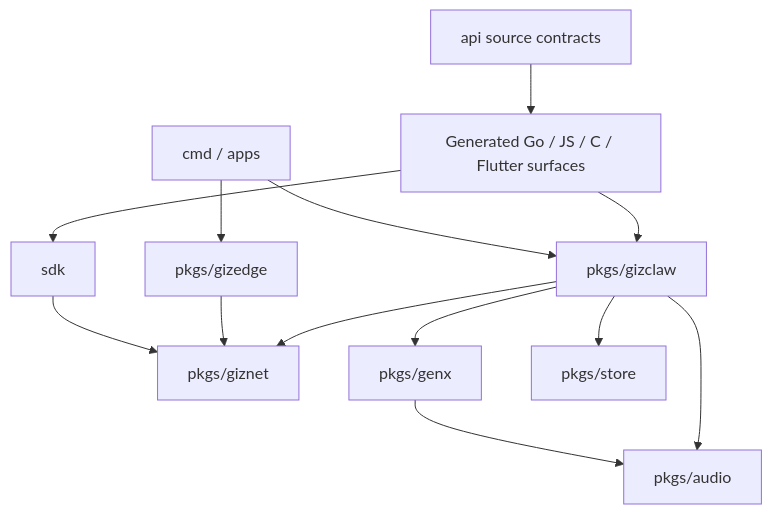
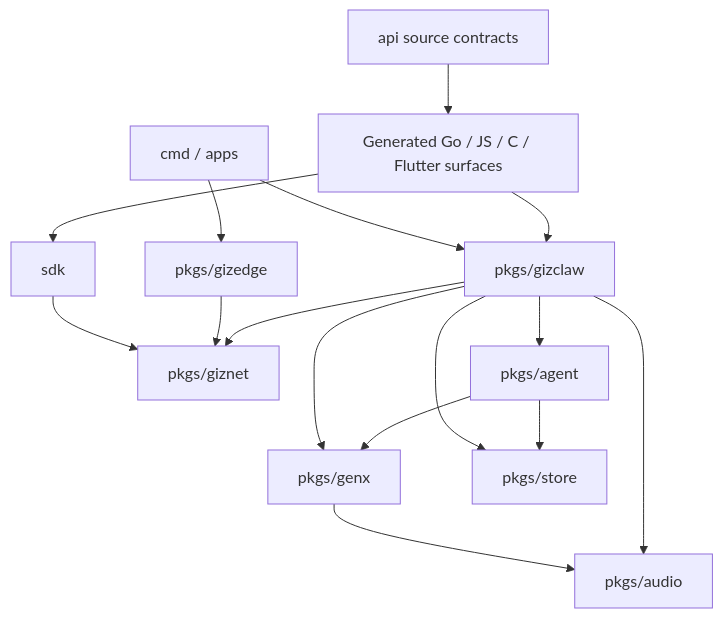
Before and after one commit to GizClaw/gizclaw: the second of 3 diagrams in guides/en/developing/index.md, drawn with Mermaid. The commit also changed other lines of this file and 88 other files, not shown here.

````diff
--- a/guides/en/developing/index.md
+++ b/guides/en/developing/index.md
@@ -111,17 +111,20 @@
 ```mermaid
 flowchart TB
     API["api source contracts"] --> Generated["Generated Go / JS / C / Flutter surfaces"]
     Generated --> GizClaw["pkgs/gizclaw"]
     Generated --> SDK["sdk"]
 
     Apps["cmd / apps"] --> GizClaw
     Apps --> Edge["pkgs/gizedge"]
     GizClaw --> Giznet["pkgs/giznet"]
     Edge --> Giznet
+    GizClaw --> Agent["pkgs/agent"]
+    Agent --> GenX["pkgs/genx"]
+    Agent --> Store["pkgs/store"]
     GizClaw --> GenX["pkgs/genx"]
     GizClaw --> Store["pkgs/store"]
     GizClaw --> Audio["pkgs/audio"]
     GenX --> Audio
 
     SDK --> Giznet
 ```
````
